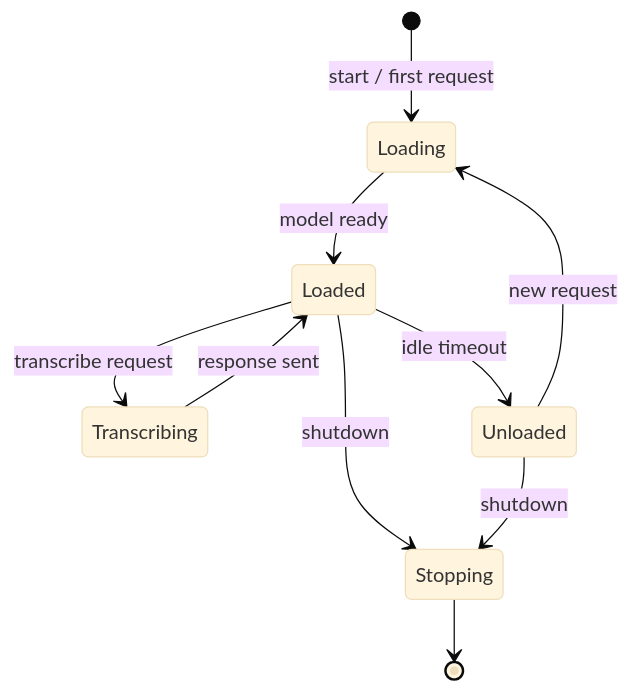
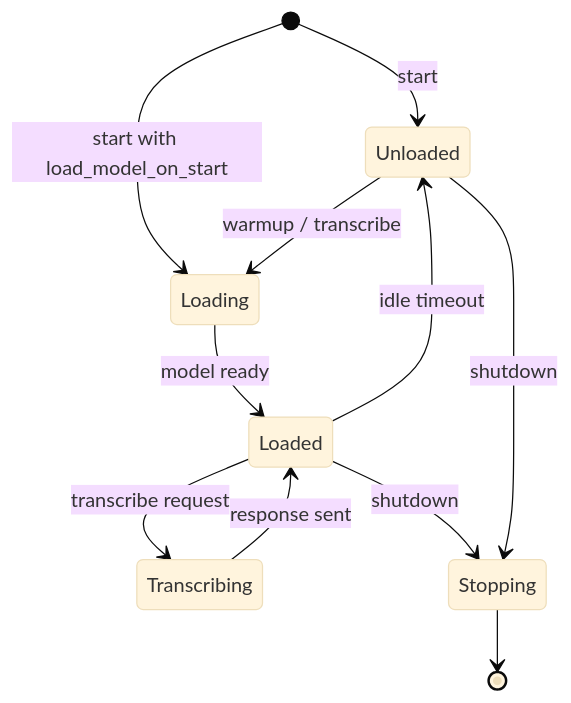
Before and after one commit to andkirby/whisper-ear: the third of 4 diagrams in docs/architecture.md, drawn with Mermaid (base theme). The commit also changed other lines of this file and 15 other files, not shown here.

Commit message:
Add delayed dictation model warmup

````diff
--- a/docs/architecture.md
+++ b/docs/architecture.md
@@ -80,12 +82,13 @@
 ```mermaid
 stateDiagram-v2
-    [*] --> Loading: start / first request
+    [*] --> Unloaded: start
+    [*] --> Loading: start with load_model_on_start
     Loading --> Loaded: model ready
+    Unloaded --> Loading: warmup / transcribe
     Loaded --> Transcribing: transcribe request
     Transcribing --> Loaded: response sent
     Loaded --> Unloaded: idle timeout
-    Unloaded --> Loading: new request
     Loaded --> Stopping: shutdown
     Unloaded --> Stopping: shutdown
     Stopping --> [*]
 ```
````
